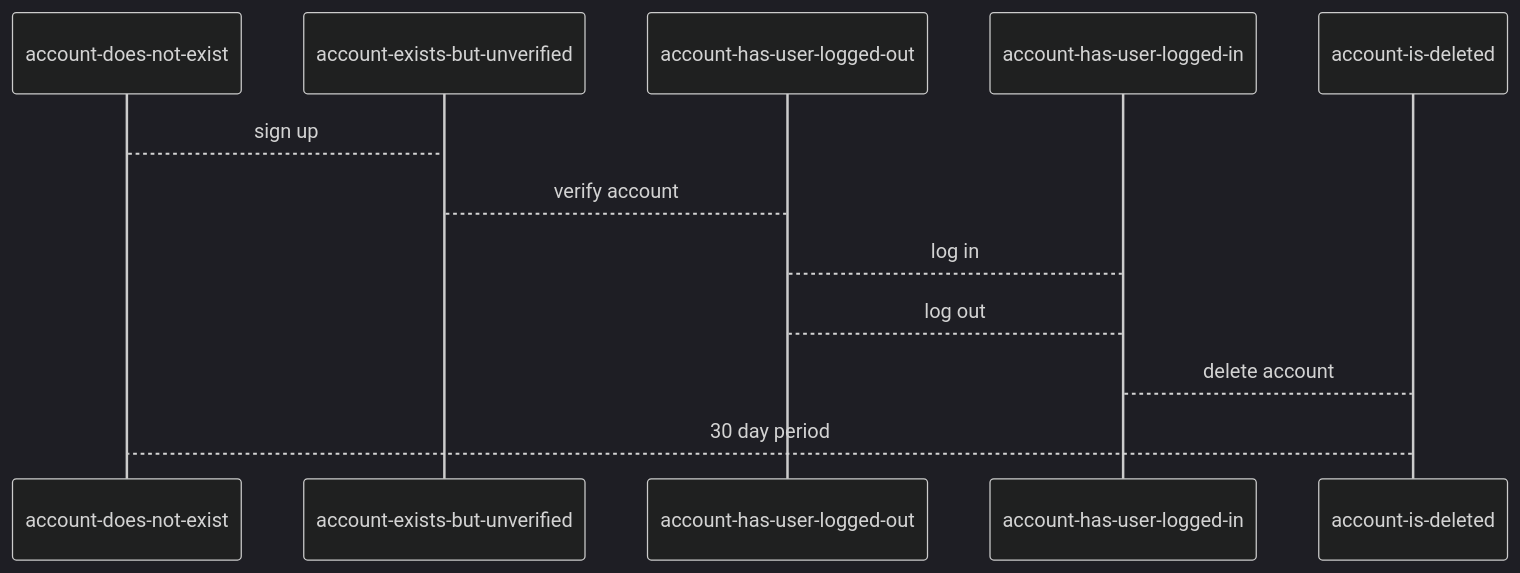
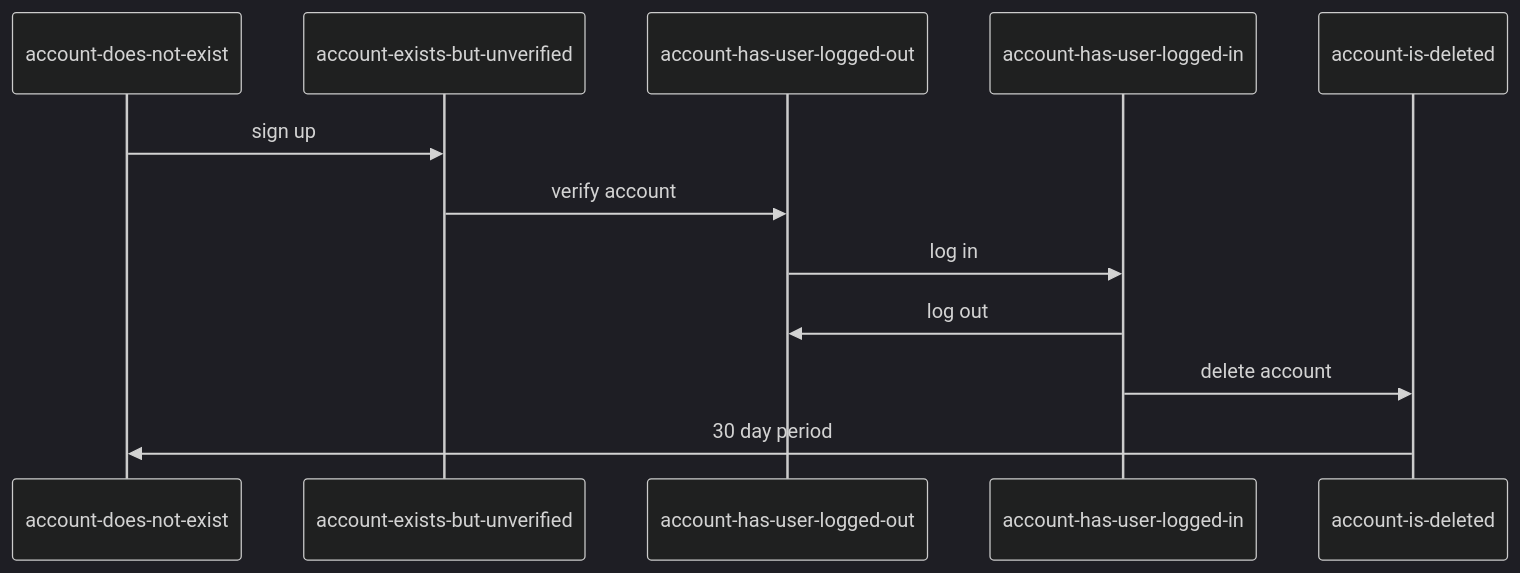
The diagram in planning.md (StrawberryScot/state-transition-challenge-1), drawn with Mermaid (dark theme) before and after one commit.

Commit message:
bugfix: changed arrows in mermaid diagram to have arrow ends

````diff
--- a/planning.md
+++ b/planning.md
@@ -31,9 +31,9 @@
 ```mermaid
 sequenceDiagram
-  account-does-not-exist --> account-exists-but-unverified : sign up
-  account-exists-but-unverified --> account-has-user-logged-out : verify account
-  account-has-user-logged-out --> account-has-user-logged-in : log in
-  account-has-user-logged-in --> account-has-user-logged-out : log out
-  account-has-user-logged-in --> account-is-deleted : delete account
-  account-is-deleted --> account-does-not-exist : 30 day period
+  account-does-not-exist ->> account-exists-but-unverified : sign up
+  account-exists-but-unverified ->> account-has-user-logged-out : verify account
+  account-has-user-logged-out ->> account-has-user-logged-in : log in
+  account-has-user-logged-in ->> account-has-user-logged-out : log out
+  account-has-user-logged-in ->> account-is-deleted : delete account
+  account-is-deleted ->> account-does-not-exist : 30 day period
 ```
````
